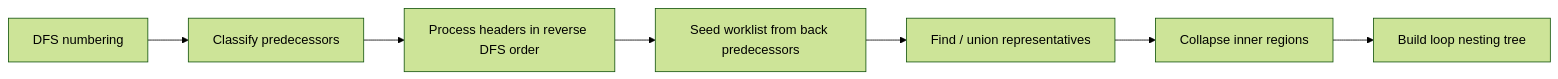
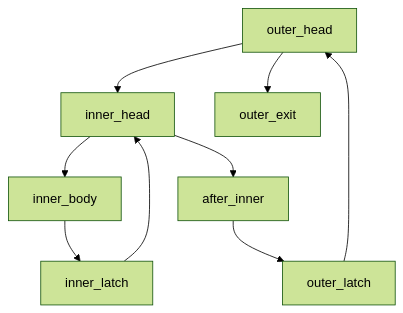
One commit to Misha1302/Middle-end-compiler-cource changed the diagram in docs/modules/14-havlak-and-loop-tree.md. Above: the diagram before and after it, drawn with Mermaid (forest theme). The commit also changed other lines of this file and 47 other files, not shown here.

````diff
--- a/docs/modules/14-havlak-and-loop-tree.md
+++ b/docs/modules/14-havlak-and-loop-tree.md
@@ -107,9 +29,11 @@
 ```mermaid
-flowchart LR
-    DFS[DFS numbering] --> CLASS[Classify predecessors]
-    CLASS --> REV[Process headers in reverse DFS order]
-    REV --> POOL[Seed worklist from back predecessors]
-    POOL --> UF[Find / union representatives]
-    UF --> REGION[Collapse inner regions]
-    REGION --> TREE[Build loop nesting tree]
+flowchart TD
+  OH[outer_head] --> IH[inner_head]
+  OH --> OX[outer_exit]
+  IH --> IB[inner_body]
+  IH --> AI[after_inner]
+  IB --> IL[inner_latch]
+  IL --> IH
+  AI --> OL[outer_latch]
+  OL --> OH
 ```
````
